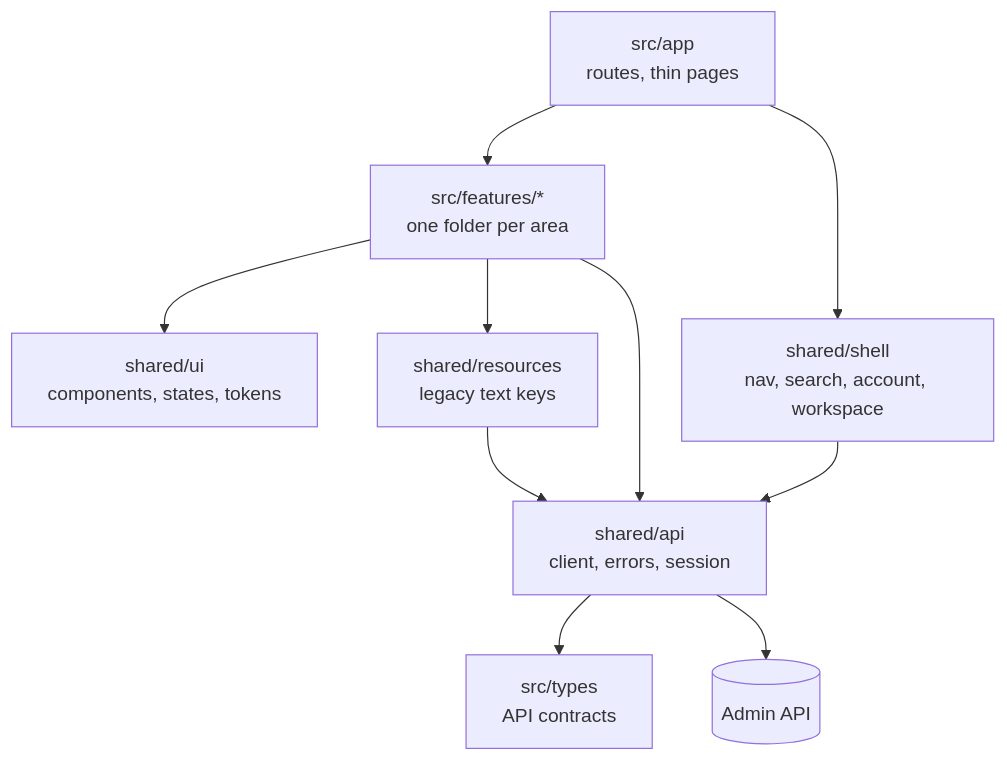
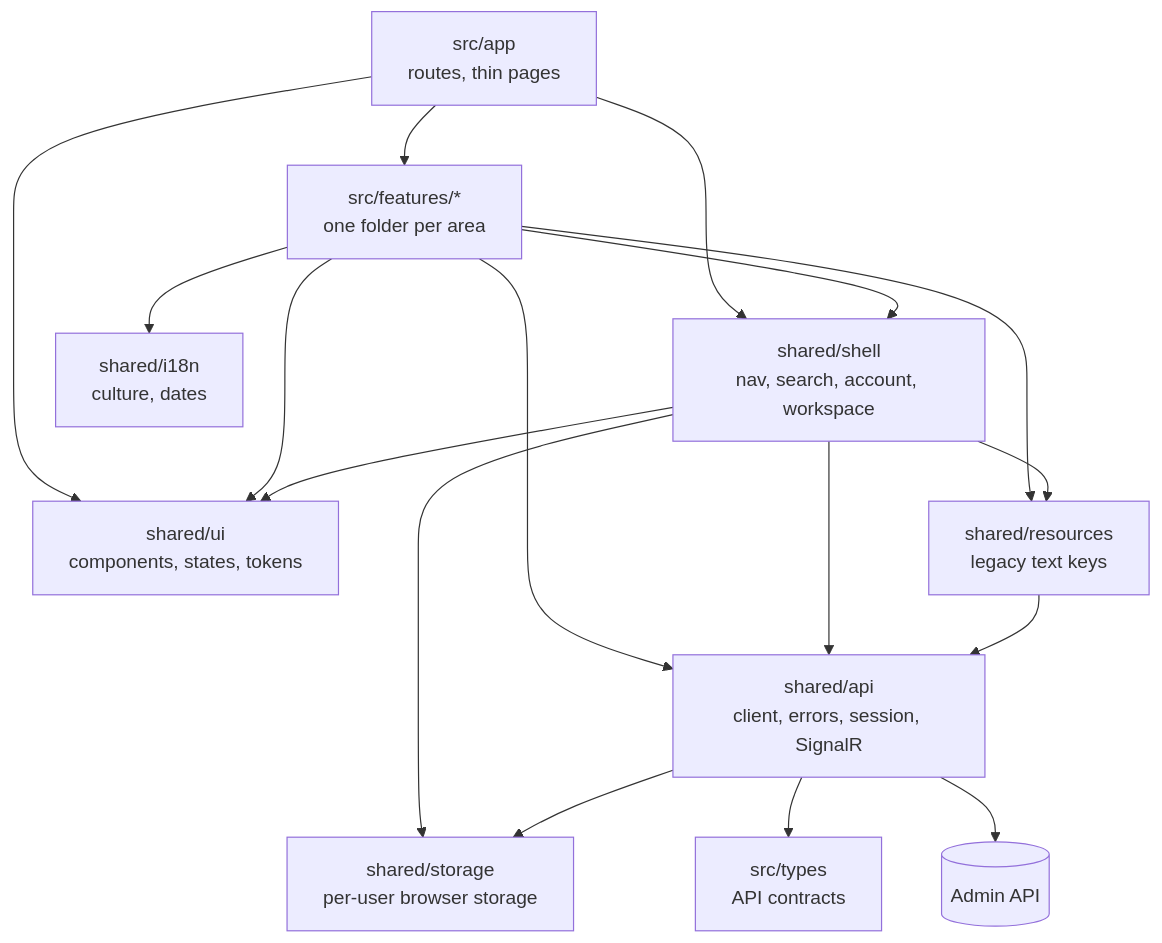
Before and after one commit to gautham-seats/Seats-AdminConsole-React: the second of 3 diagrams in README.md, drawn with Mermaid. The commit also changed other lines of this file, not shown here.

````diff
--- a/README.md
+++ b/README.md
@@ -109,21 +70,30 @@
 ```mermaid
 flowchart TB
     App[src/app<br/>routes, thin pages]
     Features[src/features/*<br/>one folder per area]
     Shell[shared/shell<br/>nav, search, account, workspace]
     UI[shared/ui<br/>components, states, tokens]
     Res[shared/resources<br/>legacy text keys]
-    Api[shared/api<br/>client, errors, session]
+    I18n[shared/i18n<br/>culture, dates]
+    Api[shared/api<br/>client, errors, session, SignalR]
+    Store[shared/storage<br/>per-user browser storage]
     Types[src/types<br/>API contracts]
     Backend[(Admin API)]
 
     App --> Features
     App --> Shell
+    App --> UI
+    Features --> Shell
     Features --> UI
     Features --> Res
+    Features --> I18n
     Features --> Api
+    Shell --> UI
+    Shell --> Res
     Shell --> Api
+    Shell --> Store
     Res --> Api
+    Api --> Store
     Api --> Types
     Api --> Backend
 ```
````
